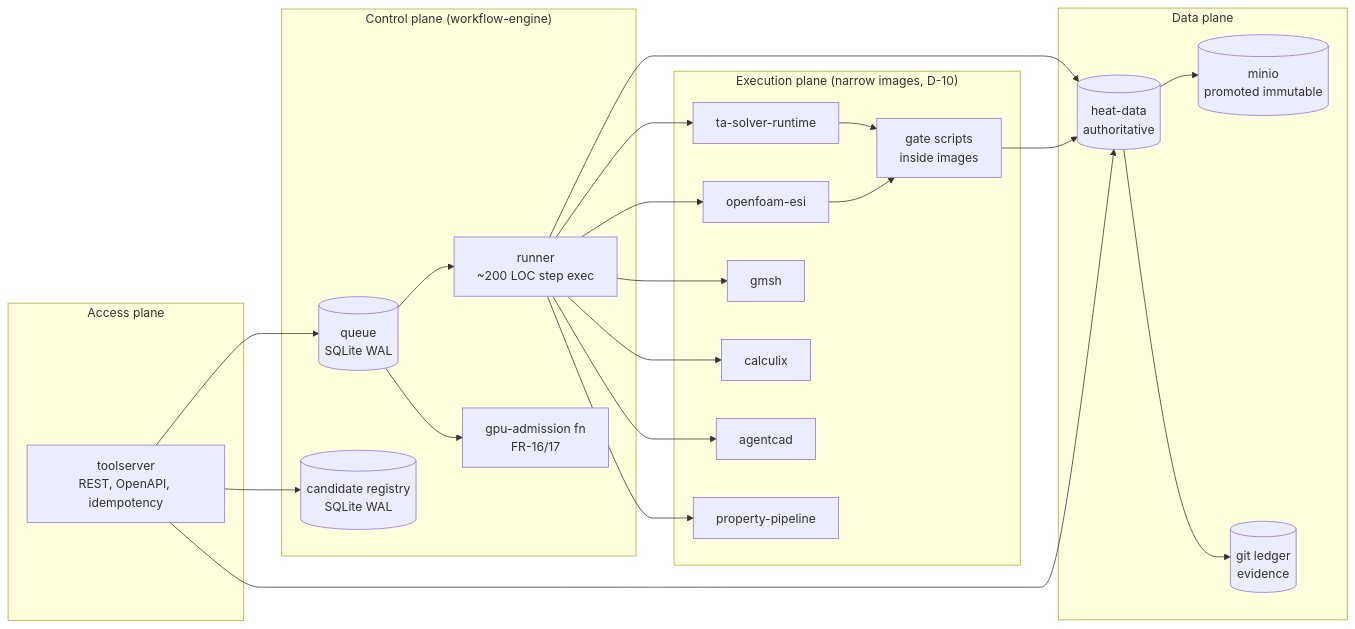
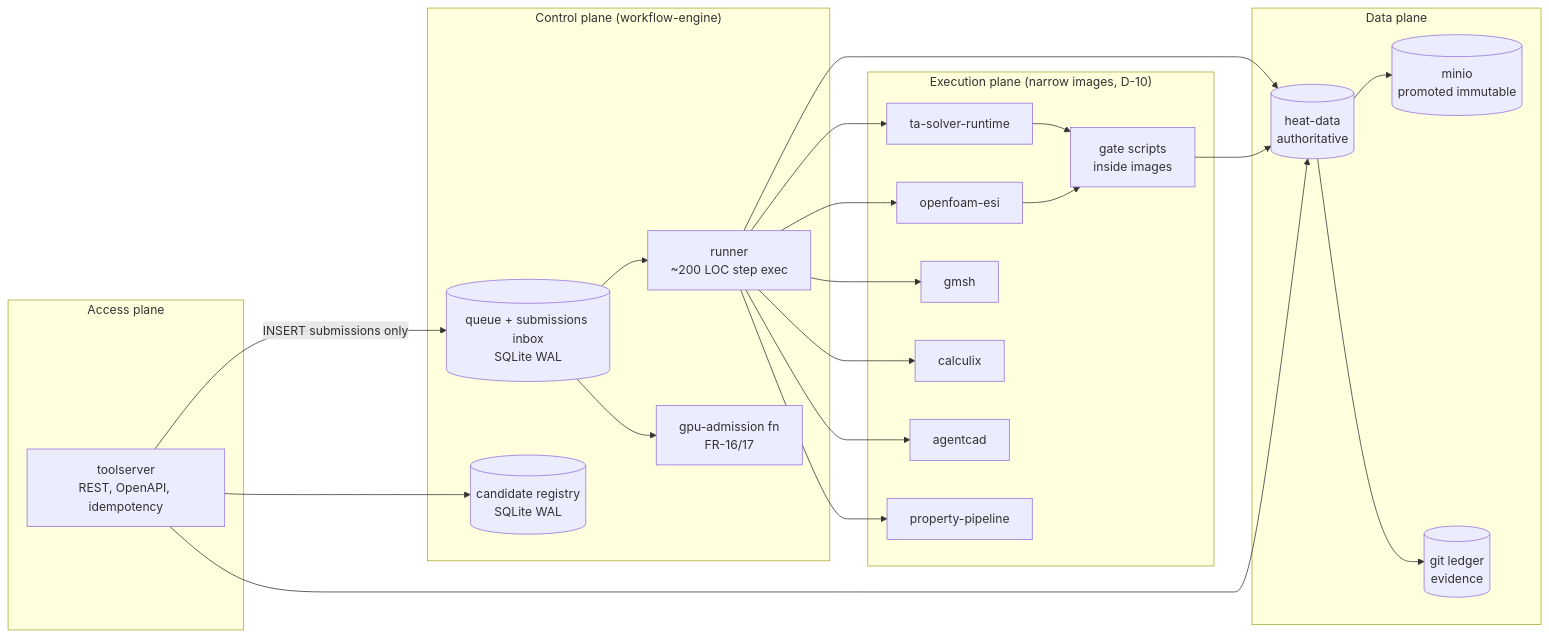
The second of 9 diagrams in docs/HE-TOOLSTACK-TECHNICAL-DESIGN.md (jstevenjacobs/HE-toolstack), drawn with Mermaid before and after one commit. The commit also changed other lines of this file and 4 other files, not shown here.

````diff
--- a/docs/HE-TOOLSTACK-TECHNICAL-DESIGN.md
+++ b/docs/HE-TOOLSTACK-TECHNICAL-DESIGN.md
@@ -255,32 +258,32 @@
 ```mermaid
 graph LR
     subgraph Access["Access plane"]
         TS[toolserver<br/>REST, OpenAPI, idempotency]
     end
     subgraph Control["Control plane (workflow-engine)"]
-        Q[(queue<br/>SQLite WAL)]
+        Q[(queue + submissions inbox<br/>SQLite WAL)]
         R[(candidate registry<br/>SQLite WAL)]
         RU[runner<br/>~200 LOC step exec]
         ADM[gpu-admission fn<br/>FR-16/17]
     end
     subgraph Exec["Execution plane (narrow images, D-10)"]
         I1[ta-solver-runtime]
         I2[openfoam-esi]
         I3[gmsh]
         I4[calculix]
         I5[agentcad]
         I6[property-pipeline]
         PG[gate scripts<br/>inside images]
     end
     subgraph Data["Data plane"]
         HD[(heat-data<br/>authoritative)]
         MI[(minio<br/>promoted immutable)]
         GI[(git ledger<br/>evidence)]
     end
-    TS --> Q; TS --> R
+    TS -->|INSERT submissions only| Q; TS --> R
     Q --> ADM; Q --> RU
     RU --> I1 & I2 & I3 & I4 & I5 & I6
     I1 & I2 --> PG
     RU --> HD; PG --> HD; TS --> HD
     HD --> MI; HD --> GI
 ```
````
